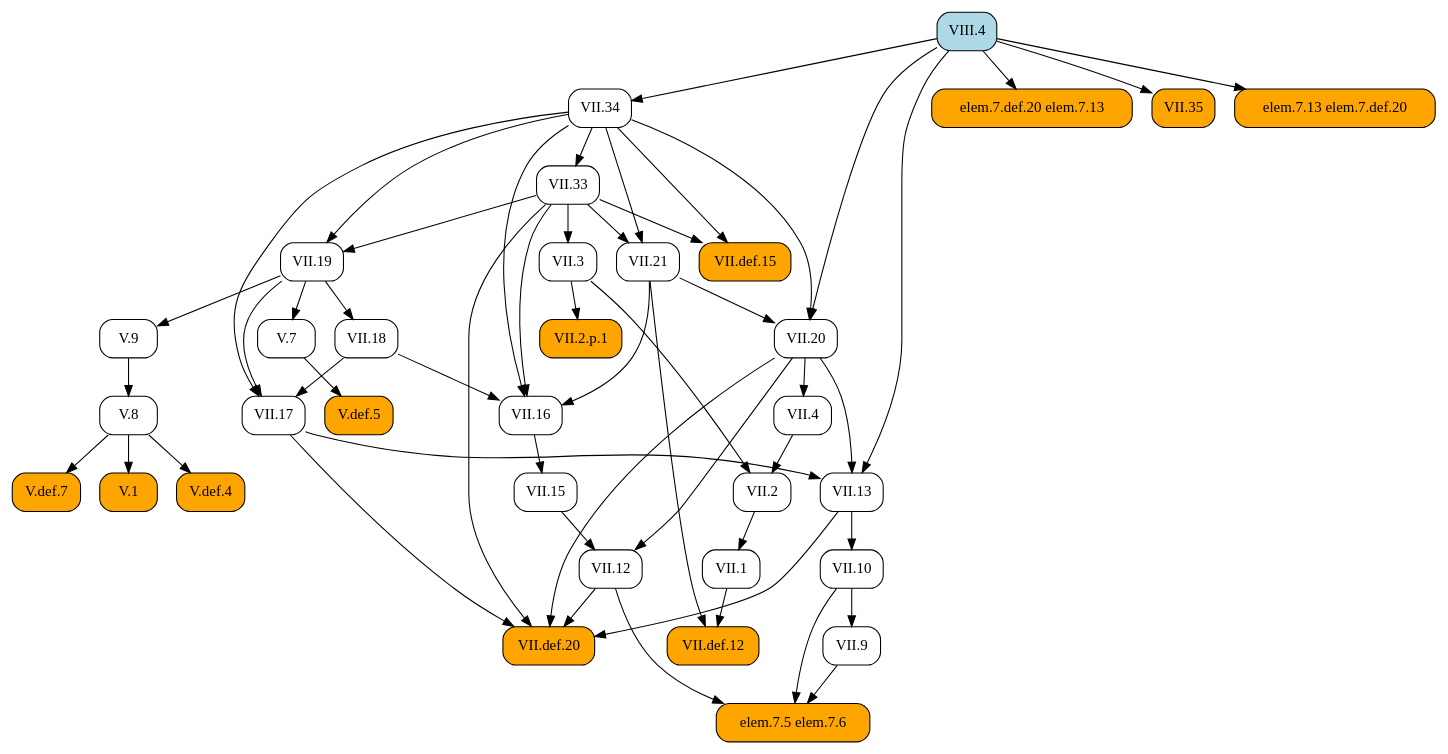
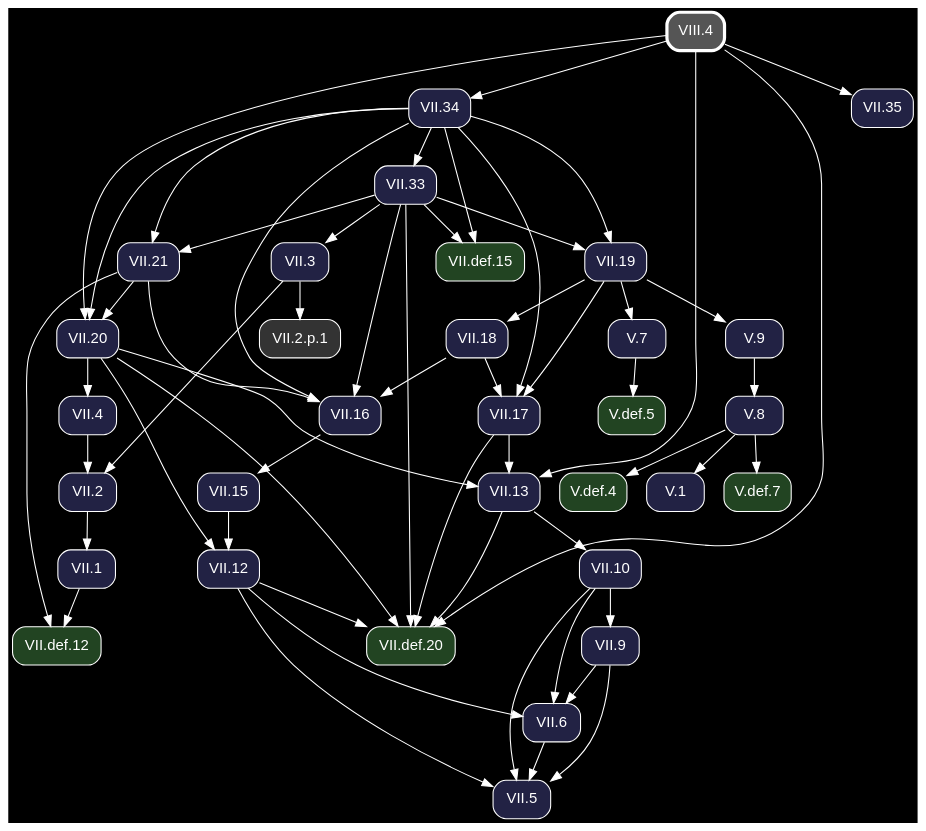
One commit to geometor/elements changed the diagram in docsrc/heath/VIII/4/index.rst. Above: the diagram before and after it, drawn with Graphviz. The commit also changed other lines of this file and 1200 other files, not shown here.

Commit message:
update dependency graphs

```diff
--- a/docsrc/heath/VIII/4/index.rst
+++ b/docsrc/heath/VIII/4/index.rst
@@ -104,92 +104,96 @@
 .. graphviz::
 
    digraph {
+     bgcolor="black";
+     node [shape=box, style="rounded,filled", fontname="Helvetica", color="white", fontcolor="white"];
+     edge [color="white", fontcolor="white"];
      rankdir="TB";
-     node [shape=box, style=rounded];
-     "VII.33" [URL="/heath/VII/33/", target="_top"];
-     "VII.12" [URL="/heath/VII/12/", target="_top"];
-     "elem.7.def.20 elem.7.13" [style="rounded,filled", fillcolor=orange];
-     "elem.7.5 elem.7.6" [style="rounded,filled", fillcolor=orange];
-     "VII.9" [URL="/heath/VII/9/", target="_top"];
-     "VII.34" [URL="/heath/VII/34/", target="_top"];
-     "VII.18" [URL="/heath/VII/18/", target="_top"];
-     "VII.16" [URL="/heath/VII/16/", target="_top"];
-     "V.7" [URL="/heath/V/7/", target="_top"];
-     "V.def.5" [style="rounded,filled", fillcolor=orange, URL="/heath/V/def.5/", target="_top"];
-     "V.9" [URL="/heath/V/9/", target="_top"];
-     "VII.10" [URL="/heath/VII/10/", target="_top"];
-     "VII.13" [URL="/heath/VII/13/", target="_top"];
-     "VIII.4" [style="rounded,filled", fillcolor=lightblue, URL="/heath/VIII/4/", target="_top"];
-     "VII.def.15" [style="rounded,filled", fillcolor=orange, URL="/heath/VII/def.15/", target="_top"];
-     "VII.35" [style="rounded,filled", fillcolor=orange, URL="/heath/VII/35/", target="_top"];
-     "VII.17" [URL="/heath/VII/17/", target="_top"];
-     "VII.19" [URL="/heath/VII/19/", target="_top"];
-     "VII.2" [URL="/heath/VII/2/", target="_top"];
-     "VII.def.20" [style="rounded,filled", fillcolor=orange, URL="/heath/VII/def.20/", target="_top"];
-     "VII.2.p.1" [style="rounded,filled", fillcolor=orange];
-     "VII.15" [URL="/heath/VII/15/", target="_top"];
-     "V.def.4" [style="rounded,filled", fillcolor=orange, URL="/heath/V/def.4/", target="_top"];
-     "V.def.7" [style="rounded,filled", fillcolor=orange, URL="/heath/V/def.7/", target="_top"];
-     "VII.21" [URL="/heath/VII/21/", target="_top"];
-     "VII.1" [URL="/heath/VII/1/", target="_top"];
-     "V.8" [URL="/heath/V/8/", target="_top"];
-     "VII.4" [URL="/heath/VII/4/", target="_top"];
-     "VII.def.12" [style="rounded,filled", fillcolor=orange, URL="/heath/VII/def.12/", target="_top"];
-     "V.1" [style="rounded,filled", fillcolor=orange, URL="/heath/V/1/", target="_top"];
-     "elem.7.13 elem.7.def.20" [style="rounded,filled", fillcolor=orange];
-     "VII.3" [URL="/heath/VII/3/", target="_top"];
-     "VII.20" [URL="/heath/VII/20/", target="_top"];
+     "VII.33" [fillcolor="#222244", URL="/heath/VII/33/", target="_top"];
+     "V.def.5" [fillcolor="#224422", URL="/heath/V/def.5/", target="_top"];
+     "V.def.7" [fillcolor="#224422", URL="/heath/V/def.7/", target="_top"];
+     "VII.20" [fillcolor="#222244", URL="/heath/VII/20/", target="_top"];
+     "VII.18" [fillcolor="#222244", URL="/heath/VII/18/", target="_top"];
+     "VII.2" [fillcolor="#222244", URL="/heath/VII/2/", target="_top"];
+     "V.def.4" [fillcolor="#224422", URL="/heath/V/def.4/", target="_top"];
+     "VII.5" [fillcolor="#222244", URL="/heath/VII/5/", target="_top"];
+     "VII.34" [fillcolor="#222244", URL="/heath/VII/34/", target="_top"];
+     "VII.def.20" [fillcolor="#224422", URL="/heath/VII/def.20/", target="_top"];
+     "VII.def.15" [fillcolor="#224422", URL="/heath/VII/def.15/", target="_top"];
+     "VII.2.p.1" [fillcolor="#333333"];
+     "VII.1" [fillcolor="#222244", URL="/heath/VII/1/", target="_top"];
+     "VII.6" [fillcolor="#222244", URL="/heath/VII/6/", target="_top"];
+     "VII.16" [fillcolor="#222244", URL="/heath/VII/16/", target="_top"];
+     "VII.15" [fillcolor="#222244", URL="/heath/VII/15/", target="_top"];
+     "VII.13" [fillcolor="#222244", URL="/heath/VII/13/", target="_top"];
+     "V.1" [fillcolor="#222244", URL="/heath/V/1/", target="_top"];
+     "VII.10" [fillcolor="#222244", URL="/heath/VII/10/", target="_top"];
+     "VII.4" [fillcolor="#222244", URL="/heath/VII/4/", target="_top"];
+     "VIII.4" [penwidth=3, color="white", fillcolor="#555555", URL="/heath/VIII/4/", target="_top"];
+     "VII.def.12" [fillcolor="#224422", URL="/heath/VII/def.12/", target="_top"];
+     "VII.19" [fillcolor="#222244", URL="/heath/VII/19/", target="_top"];
+     "V.8" [fillcolor="#222244", URL="/heath/V/8/", target="_top"];
+     "VII.21" [fillcolor="#222244", URL="/heath/VII/21/", target="_top"];
+     "VII.9" [fillcolor="#222244", URL="/heath/VII/9/", target="_top"];
+     "VII.3" [fillcolor="#222244", URL="/heath/VII/3/", target="_top"];
+     "VII.35" [fillcolor="#222244", URL="/heath/VII/35/", target="_top"];
+     "V.7" [fillcolor="#222244", URL="/heath/V/7/", target="_top"];
+     "VII.12" [fillcolor="#222244", URL="/heath/VII/12/", target="_top"];
+     "V.9" [fillcolor="#222244", URL="/heath/V/9/", target="_top"];
+     "VII.17" [fillcolor="#222244", URL="/heath/VII/17/", target="_top"];
      "VII.34" -> "VII.33";
-     "VII.15" -> "VII.12";
-     "VII.20" -> "VII.12";
-     "VIII.4" -> "elem.7.def.20 elem.7.13";
-     "VII.9" -> "elem.7.5 elem.7.6";
-     "VII.10" -> "elem.7.5 elem.7.6";
-     "VII.12" -> "elem.7.5 elem.7.6";
-     "VII.10" -> "VII.9";
-     "VIII.4" -> "VII.34";
+     "V.7" -> "V.def.5";
+     "V.8" -> "V.def.7";
+     "VII.21" -> "VII.20";
+     "VII.34" -> "VII.20";
+     "VIII.4" -> "VII.20";
      "VII.19" -> "VII.18";
-     "VII.18" -> "VII.16";
-     "VII.21" -> "VII.16";
-     "VII.33" -> "VII.16";
-     "VII.34" -> "VII.16";
-     "VII.19" -> "V.7";
-     "V.7" -> "V.def.5";
-     "VII.19" -> "V.9";
-     "VII.13" -> "VII.10";
-     "VII.17" -> "VII.13";
-     "VII.20" -> "VII.13";
-     "VIII.4" -> "VII.13";
-     "VII.33" -> "VII.def.15";
-     "VII.34" -> "VII.def.15";
-     "VIII.4" -> "VII.35";
-     "VII.18" -> "VII.17";
-     "VII.19" -> "VII.17";
-     "VII.34" -> "VII.17";
-     "VII.33" -> "VII.19";
-     "VII.34" -> "VII.19";
      "VII.3" -> "VII.2";
      "VII.4" -> "VII.2";
+     "V.8" -> "V.def.4";
+     "VII.6" -> "VII.5";
+     "VII.9" -> "VII.5";
+     "VII.10" -> "VII.5";
+     "VII.12" -> "VII.5";
+     "VIII.4" -> "VII.34";
      "VII.12" -> "VII.def.20";
      "VII.13" -> "VII.def.20";
      "VII.17" -> "VII.def.20";
      "VII.20" -> "VII.def.20";
      "VII.33" -> "VII.def.20";
+     "VIII.4" -> "VII.def.20";
+     "VII.33" -> "VII.def.15";
+     "VII.34" -> "VII.def.15";
      "VII.3" -> "VII.2.p.1";
+     "VII.2" -> "VII.1";
+     "VII.9" -> "VII.6";
+     "VII.10" -> "VII.6";
+     "VII.12" -> "VII.6";
+     "VII.18" -> "VII.16";
+     "VII.21" -> "VII.16";
+     "VII.33" -> "VII.16";
+     "VII.34" -> "VII.16";
      "VII.16" -> "VII.15";
-     "V.8" -> "V.def.4";
-     "V.8" -> "V.def.7";
-     "VII.33" -> "VII.21";
-     "VII.34" -> "VII.21";
-     "VII.2" -> "VII.1";
-     "V.9" -> "V.8";
+     "VII.17" -> "VII.13";
+     "VII.20" -> "VII.13";
+     "VIII.4" -> "VII.13";
+     "V.8" -> "V.1";
+     "VII.13" -> "VII.10";
      "VII.20" -> "VII.4";
      "VII.1" -> "VII.def.12";
      "VII.21" -> "VII.def.12";
-     "V.8" -> "V.1";
-     "VIII.4" -> "elem.7.13 elem.7.def.20";
+     "VII.33" -> "VII.19";
+     "VII.34" -> "VII.19";
+     "V.9" -> "V.8";
+     "VII.33" -> "VII.21";
+     "VII.34" -> "VII.21";
+     "VII.10" -> "VII.9";
      "VII.33" -> "VII.3";
-     "VII.21" -> "VII.20";
-     "VII.34" -> "VII.20";
-     "VIII.4" -> "VII.20";
+     "VIII.4" -> "VII.35";
+     "VII.19" -> "V.7";
+     "VII.15" -> "VII.12";
+     "VII.20" -> "VII.12";
+     "VII.19" -> "V.9";
+     "VII.18" -> "VII.17";
+     "VII.19" -> "VII.17";
+     "VII.34" -> "VII.17";
    }
```
